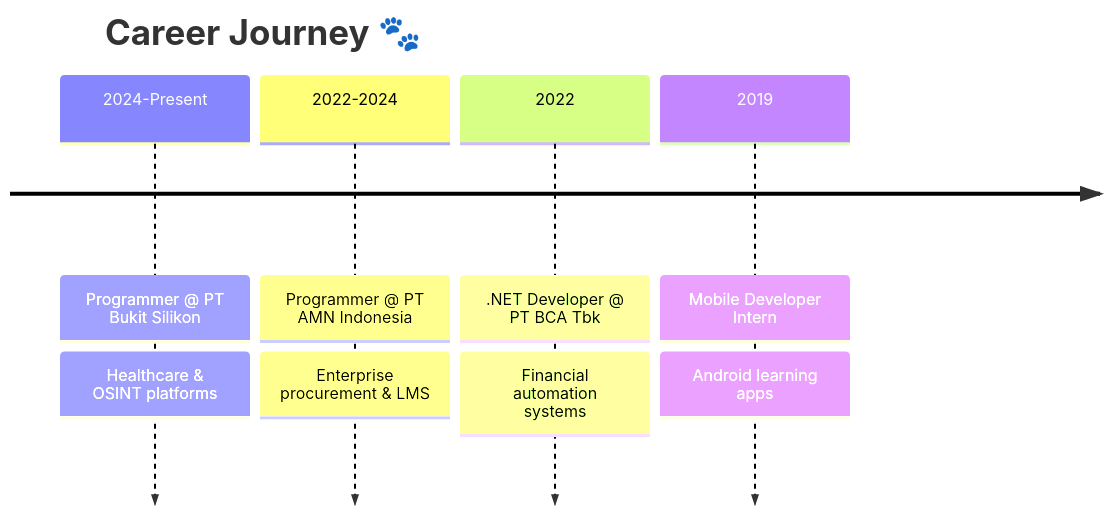
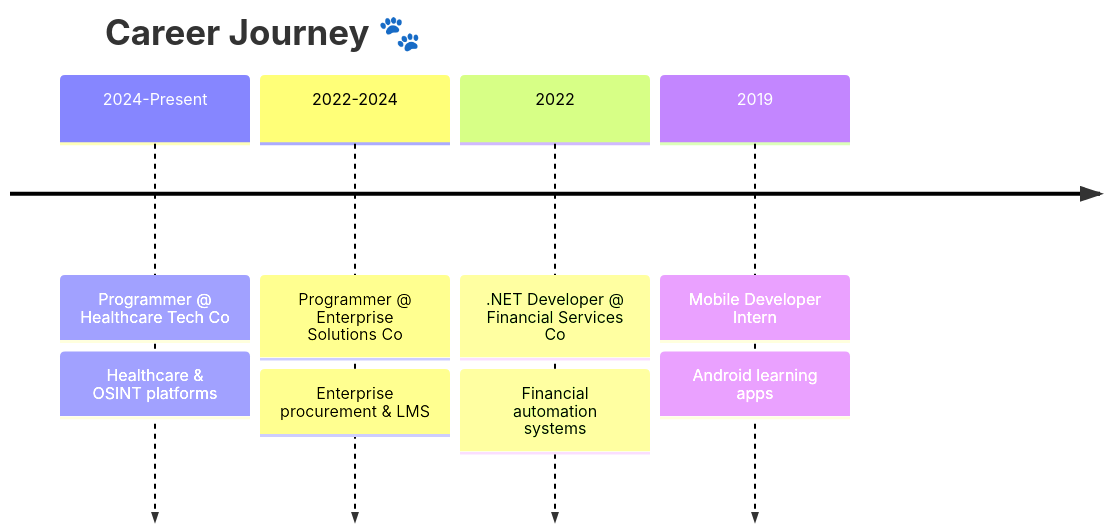
One commit to bratablessza/bratablessza changed the diagram in README.md. Above: the diagram before and after it, drawn with Mermaid. The commit also changed other lines of this file, not shown here.

````diff
--- a/README.md
+++ b/README.md
@@ -95,12 +95,12 @@
 ```mermaid
 timeline
     title Career Journey 🐾
-    2024-Present : Programmer @ PT Bukit Silikon
+    2024-Present : Programmer @ Healthcare Tech Co
                  : Healthcare & OSINT platforms
-    2022-2024    : Programmer @ PT AMN Indonesia
+    2022-2024    : Programmer @ Enterprise Solutions Co
                  : Enterprise procurement & LMS
-    2022         : .NET Developer @ PT BCA Tbk
+    2022         : .NET Developer @ Financial Services Co
                  : Financial automation systems
     2019         : Mobile Developer Intern
                  : Android learning apps
 ```
````
